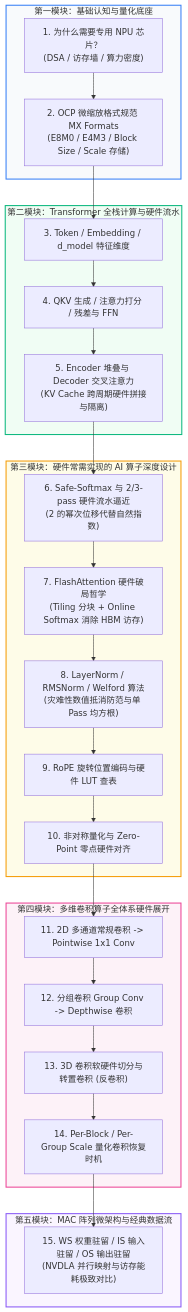
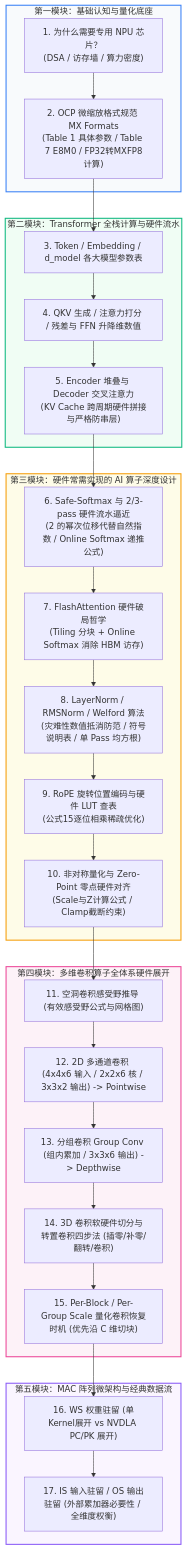
Before and after one commit to hqu-little-boy/blog: the first of 7 diagrams in src/content/posts/npu-chip-architecture-operators-and-dataflow-guide.md, drawn with Mermaid. The commit also changed other lines of this file, not shown here.

Commit message:
docs(npu): faithfully reproduce all 20 image details and exact formulas from Zhihu post

````diff
--- a/src/content/posts/npu-chip-architecture-operators-and-dataflow-guide.md
+++ b/src/content/posts/npu-chip-architecture-operators-and-dataflow-guide.md
@@ -30,37 +31,39 @@
 ```mermaid
 flowchart TD
     subgraph S1["第一模块：基础认知与量化底座"]
-        M1["1. 为什么需要专用 NPU 芯片？<br/>(DSA / 访存墙 / 算力密度)"] --> M2["2. OCP 微缩放格式规范 MX Formats<br/>(E8M0 / E4M3 / Block Size / Scale 存储)"]
+        M1["1. 为什么需要专用 NPU 芯片？<br/>(DSA / 访存墙 / 算力密度)"] --> M2["2. OCP 微缩放格式规范 MX Formats<br/>(Table 1 具体参数 / Table 7 E8M0 / FP32转MXFP8计算)"]
     end
 
     subgraph S2["第二模块：Transformer 全栈计算与硬件流水"]
-        M2 --> M3["3. Token / Embedding / d_model 特征维度"]
-        M3 --> M4["4. QKV 生成 / 注意力打分 / 残差与 FFN"]
-        M4 --> M5["5. Encoder 堆叠与 Decoder 交叉注意力<br/>(KV Cache 跨周期硬件拼接与隔离)"]
+        M2 --> M3["3. Token / Embedding / d_model 各大模型参数表"]
+        M3 --> M4["4. QKV 生成 / 注意力打分 / 残差与 FFN 升降维数值"]
+        M4 --> M5["5. Encoder 堆叠与 Decoder 交叉注意力<br/>(KV Cache 跨周期硬件拼接与严格防串层)"]
     end
 
     subgraph S3["第三模块：硬件常需实现的 AI 算子深度设计"]
-        M5 --> M6["6. Safe-Softmax 与 2/3-pass 硬件流水逼近<br/>(2 的幂次位移代替自然指数)"]
+        M5 --> M6["6. Safe-Softmax 与 2/3-pass 硬件流水逼近<br/>(2 的幂次位移代替自然指数 / Online Softmax 递推公式)"]
         M6 --> M7["7. FlashAttention 硬件破局哲学<br/>(Tiling 分块 + Online Softmax 消除 HBM 访存)"]
-        M7 --> M8["8. LayerNorm / RMSNorm / Welford 算法<br/>(灾难性数值抵消防范与单 Pass 均方根)"]
-        M8 --> M9["9. RoPE 旋转位置编码与硬件 LUT 查表"]
-        M9 --> M10["10. 非对称量化与 Zero-Point 零点硬件对齐"]
+        M7 --> M8["8. LayerNorm / RMSNorm / Welford 算法<br/>(灾难性数值抵消防范 / 符号说明表 / 单 Pass 均方根)"]
+        M8 --> M9["9. RoPE 旋转位置编码与硬件 LUT 查表<br/>(公式15逐位相乘稀疏优化)"]
+        M9 --> M10["10. 非对称量化与 Zero-Point 零点硬件对齐<br/>(Scale与Z计算公式 / Clamp截断约束)"]
     end
 
     subgraph S4["第四模块：多维卷积算子全体系硬件展开"]
-        M10 --> M11["11. 2D 多通道常规卷积 -> Pointwise 1x1 Conv"]
-        M11 --> M12["12. 分组卷积 Group Conv -> Depthwise 卷积"]
-        M12 --> M13["13. 3D 卷积软硬件切分与转置卷积 (反卷积)"]
-        M13 --> M14["14. Per-Block / Per-Group Scale 量化卷积恢复时机"]
+        M10 --> M11["11. 空洞卷积感受野推导 (有效感受野公式与网格图)"]
+        M11 --> M12["12. 2D 多通道卷积 (4x4x6 输入 / 2x2x6 核 / 3x3x2 输出) -> Pointwise"]
+        M12 --> M13["13. 分组卷积 Group Conv (组内累加 / 3x3x6 输出) -> Depthwise"]
+        M13 --> M14["14. 3D 卷积软硬件切分与转置卷积四步法 (插零/补零/翻转/卷积)"]
+        M14 --> M15["15. Per-Block / Per-Group Scale 量化卷积恢复时机 (优先沿 C 维切块)"]
     end
 
     subgraph S5["第五模块：MAC 阵列微架构与经典数据流"]
-        M14 --> M15["15. WS 权重驻留 / IS 输入驻留 / OS 输出驻留<br/>(NVDLA 并行映射与访存能耗极致对比)"]
+        M15 --> M16["16. WS 权重驻留 (单Kernel展开 vs NVDLA PC/PK 展开)"]
+        M16 --> M17["17. IS 输入驻留 / OS 输出驻留 (外部累加器必要性 / 全维度权衡)"]
     end
 
     style S1 fill:#f8fafc,stroke:#3b82f6,stroke-width:2px
     style S2 fill:#f0fdf4,stroke:#10b981,stroke-width:2px
     style S3 fill:#fefce8,stroke:#f59e0b,stroke-width:2px
     style S4 fill:#fdf2f8,stroke:#ec4899,stroke-width:2px
     style S5 fill:#faf5ff,stroke:#8b5cf6,stroke-width:2px
 ```
````
